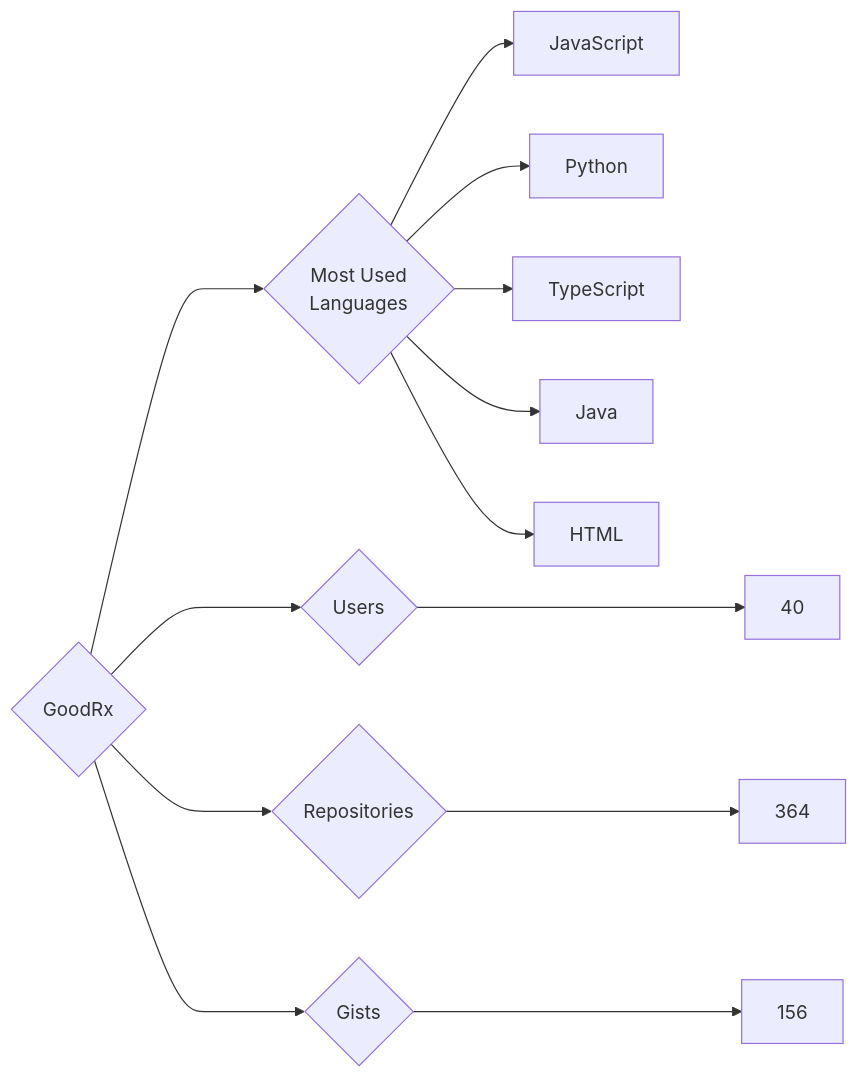
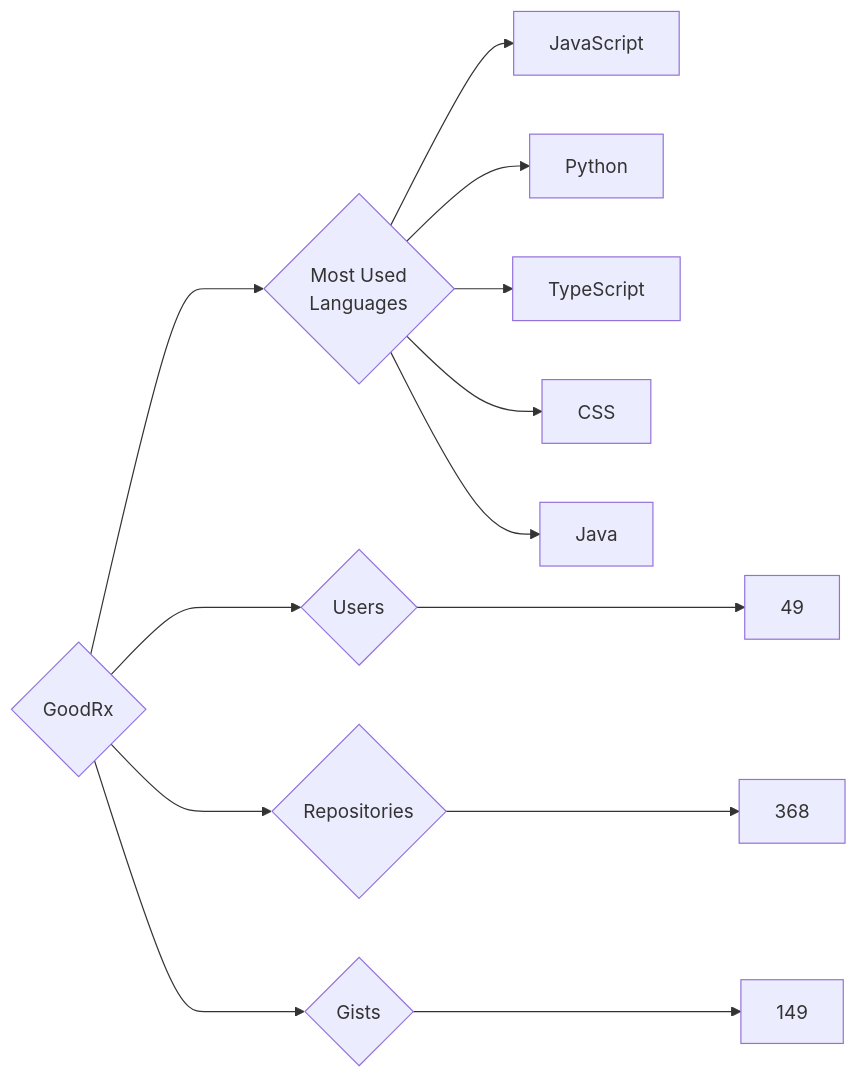
The diagram in targets/GoodRx/README.md (trickest/insiders), drawn with Mermaid before and after one commit. The commit also changed 845 other files, not shown here.

````diff
--- a/targets/GoodRx/README.md
+++ b/targets/GoodRx/README.md
@@ -3,13 +3,13 @@
 ```mermaid
 graph LR
 COMPANY_NAME{GoodRx}
-COMPANY_NAME ---> U{Users} ---> UN[40]
-COMPANY_NAME ---> R{Repositories} ---> RN[364]
-COMPANY_NAME ---> G{Gists} ---> GN[156]
+COMPANY_NAME ---> U{Users} ---> UN[49]
+COMPANY_NAME ---> R{Repositories} ---> RN[368]
+COMPANY_NAME ---> G{Gists} ---> GN[149]
 COMPANY_NAME ---> ML{Most Used<br>Languages}
 ML --> JavaScript[JavaScript]
 ML --> Python[Python]
 ML --> TypeScript[TypeScript]
+ML --> CSS[CSS]
 ML --> Java[Java]
-ML --> HTML[HTML]
 ```
````
